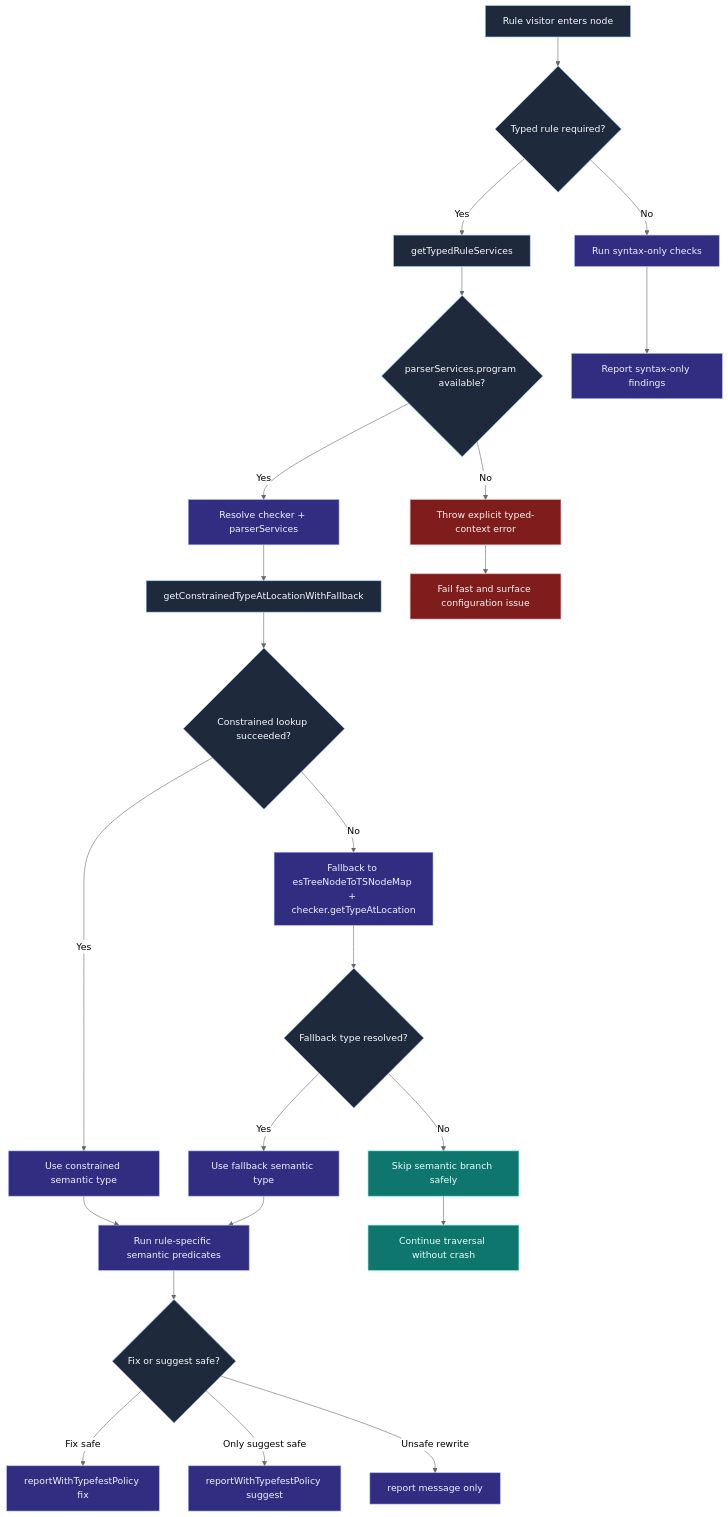
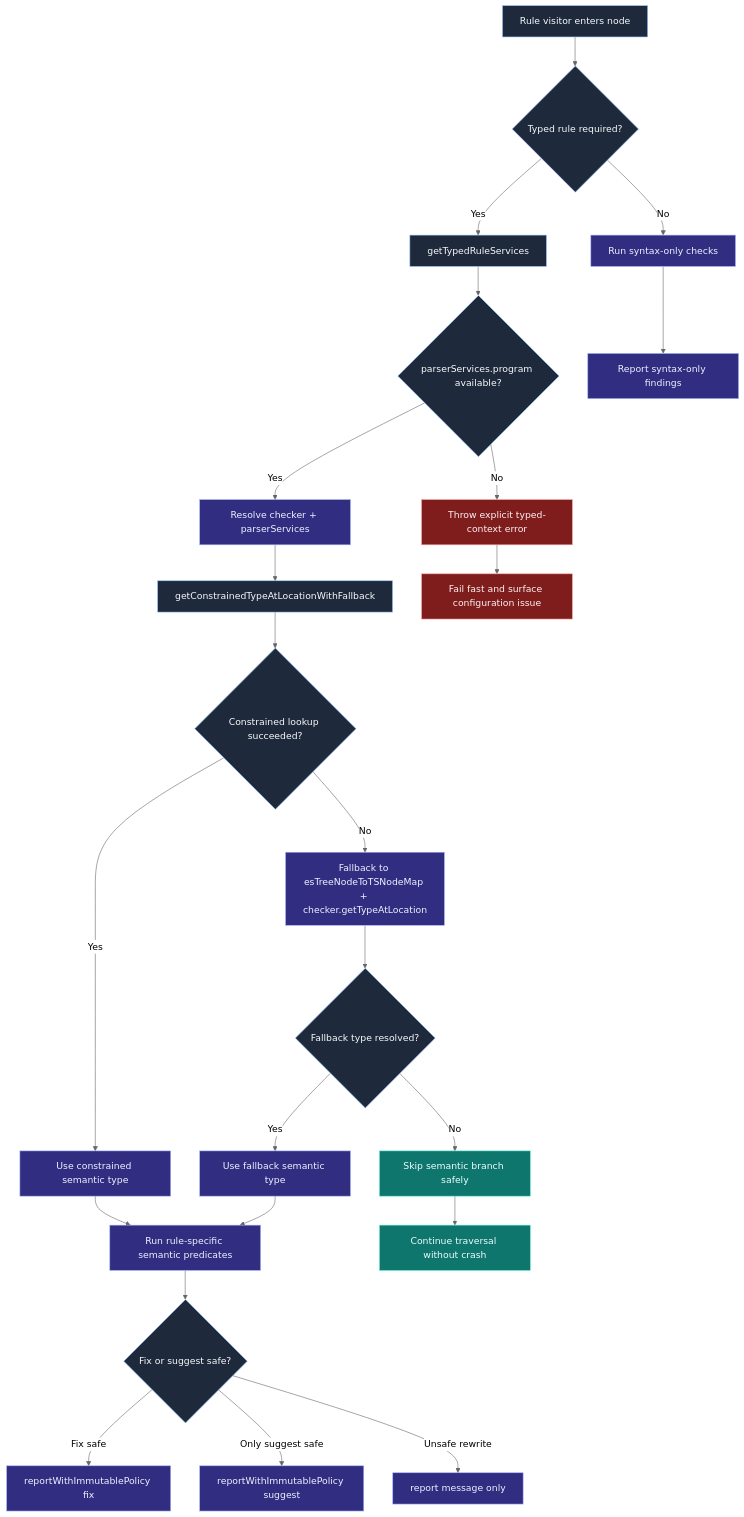
One commit to Nick2bad4u/eslint-plugin-immutable-2 changed the diagram in docs/docusaurus/site-docs/developer/charts/typed-rule-semantic-analysis-flow.md. Above: the diagram before and after it, drawn with Mermaid (neutral theme). The commit also changed 572 other files, not shown here.

````diff
--- a/docs/docusaurus/site-docs/developer/charts/typed-rule-semantic-analysis-flow.md
+++ b/docs/docusaurus/site-docs/developer/charts/typed-rule-semantic-analysis-flow.md
@@ -11,40 +11,40 @@
 ```mermaid
 flowchart TD
     classDef entry fill:#1e293b,stroke:#93c5fd,color:#f8fafc,stroke-width:1px
     classDef guard fill:#0f766e,stroke:#5eead4,color:#ecfeff,stroke-width:1px
     classDef fail fill:#7f1d1d,stroke:#fca5a5,color:#fef2f2,stroke-width:1px
     classDef path fill:#312e81,stroke:#a5b4fc,color:#eef2ff,stroke-width:1px
 
     A[Rule visitor enters node] --> B{Typed rule required?}
     B -->|No| C[Run syntax-only checks]
     B -->|Yes| D[getTypedRuleServices]
 
     D --> E{parserServices.program available?}
     E -->|No| F[Throw explicit typed-context error]
     E -->|Yes| G[Resolve checker + parserServices]
 
     G --> H[getConstrainedTypeAtLocationWithFallback]
     H --> I{Constrained lookup succeeded?}
     I -->|Yes| J[Use constrained semantic type]
     I -->|No| K[Fallback to esTreeNodeToTSNodeMap + checker.getTypeAtLocation]
 
     K --> L{Fallback type resolved?}
     L -->|No| M[Skip semantic branch safely]
     L -->|Yes| N[Use fallback semantic type]
 
     J --> O[Run rule-specific semantic predicates]
     N --> O
     C --> P[Report syntax-only findings]
     O --> Q{Fix or suggest safe?}
-    Q -->|Fix safe| R[reportWithTypefestPolicy fix]
-    Q -->|Only suggest safe| S[reportWithTypefestPolicy suggest]
+    Q -->|Fix safe| R[reportWithImmutablePolicy fix]
+    Q -->|Only suggest safe| S[reportWithImmutablePolicy suggest]
     Q -->|Unsafe rewrite| T[report message only]
 
     F --> U[Fail fast and surface configuration issue]
     M --> V[Continue traversal without crash]
 
     class A,B,D,E,H,I,L,Q entry
     class C,G,J,K,N,O,P,R,S,T path
     class M,V guard
     class F,U fail
 ```
````
